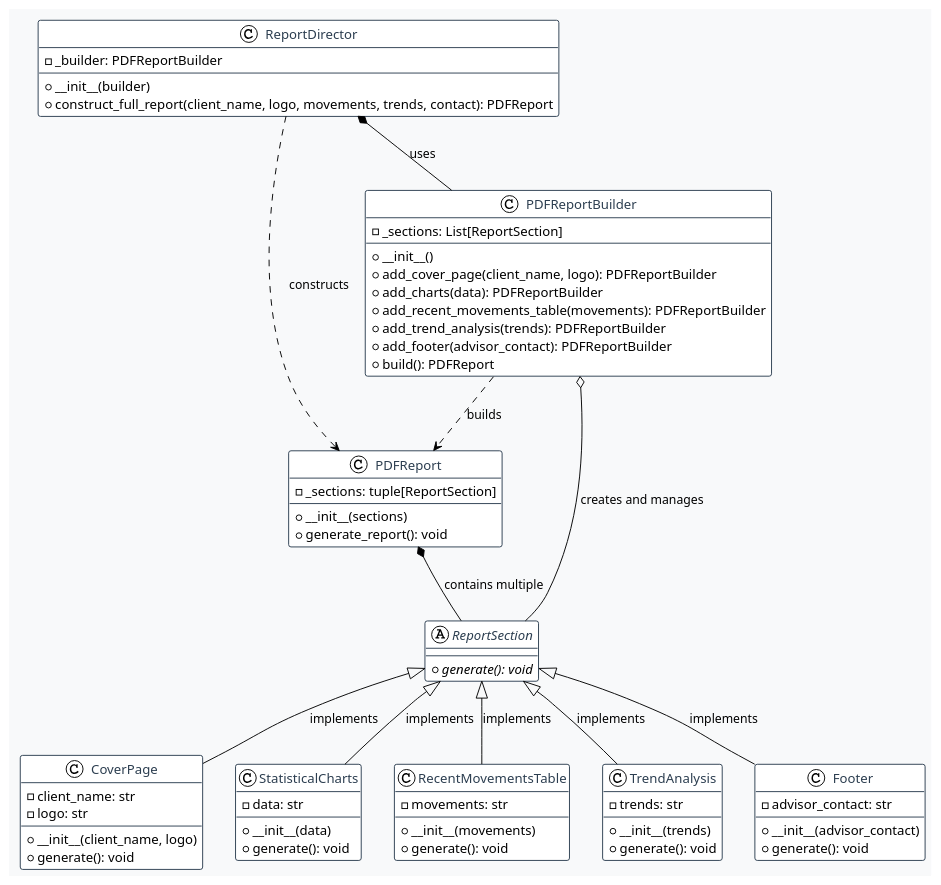
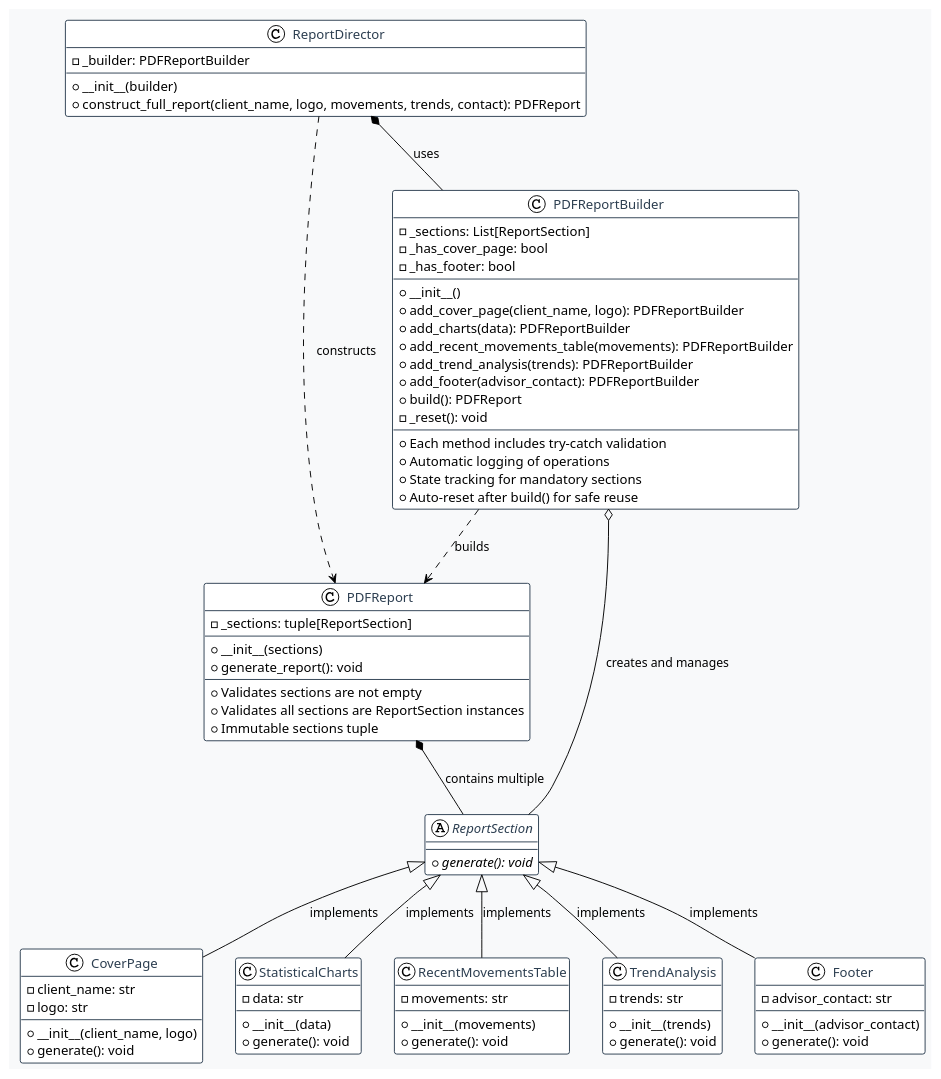
One commit to innacroft/DessignPatters changed the diagram in CustomReports/reports_uml.puml. Above: the diagram before and after it, drawn with PlantUML. The commit also changed 1 other file, not shown here.

Commit message:
Reports with try except

```diff
--- a/CustomReports/reports_uml.puml
+++ b/CustomReports/reports_uml.puml
@@ -1,91 +1,102 @@
 @startuml PDF Report Builder System
 !theme plain
 skinparam backgroundColor #f8f9fa
 skinparam classBackgroundColor #ffffff
 skinparam classBorderColor #2c3e50
 skinparam classFontColor #2c3e50
 skinparam abstractBackgroundColor #fef5e7
 skinparam abstractBorderColor #f39c12
 skinparam noteBackgroundColor #fff3cd
 skinparam noteBorderColor #ffc107
 
 abstract class ReportSection {
   + {abstract} generate(): void
 }
 
 class CoverPage {
   - client_name: str
   - logo: str
   --
   + __init__(client_name, logo)
   + generate(): void
 }
 
 class StatisticalCharts {
   - data: str
   --
   + __init__(data)
   + generate(): void
 }
 
 class RecentMovementsTable {
   - movements: str
   --
   + __init__(movements)
   + generate(): void
 }
 
 class TrendAnalysis {
   - trends: str
   --
   + __init__(trends)
   + generate(): void
 }
 
 class Footer {
   - advisor_contact: str
   --
   + __init__(advisor_contact)
   + generate(): void
 }
 
 class PDFReport {
   - _sections: tuple[ReportSection]
   --
   + __init__(sections)
   + generate_report(): void
+  --
+  + Validates sections are not empty
+  + Validates all sections are ReportSection instances
+  + Immutable sections tuple
 }
 
 class PDFReportBuilder {
   - _sections: List[ReportSection]
+  - _has_cover_page: bool
+  - _has_footer: bool
   --
   + __init__()
   + add_cover_page(client_name, logo): PDFReportBuilder
   + add_charts(data): PDFReportBuilder
   + add_recent_movements_table(movements): PDFReportBuilder
   + add_trend_analysis(trends): PDFReportBuilder
   + add_footer(advisor_contact): PDFReportBuilder
   + build(): PDFReport
+  - _reset(): void
+  --
+  + Each method includes try-catch validation
+  + Automatic logging of operations
+  + State tracking for mandatory sections
+  + Auto-reset after build() for safe reuse
 }
 
 class ReportDirector {
   - _builder: PDFReportBuilder
   --
   + __init__(builder)
   + construct_full_report(client_name, logo, movements, trends, contact): PDFReport
 }
-
 
 ReportSection <|-- CoverPage : implements
 ReportSection <|-- StatisticalCharts : implements
 ReportSection <|-- RecentMovementsTable : implements
 ReportSection <|-- TrendAnalysis : implements
 ReportSection <|-- Footer : implements
 
 PDFReport *-- ReportSection : "contains multiple"
 PDFReportBuilder o-- ReportSection : "creates and manages"
 PDFReportBuilder ..> PDFReport : "builds"
 ReportDirector *-- PDFReportBuilder : "uses"
 ReportDirector ..> PDFReport : "constructs"
 
 @enduml
```
